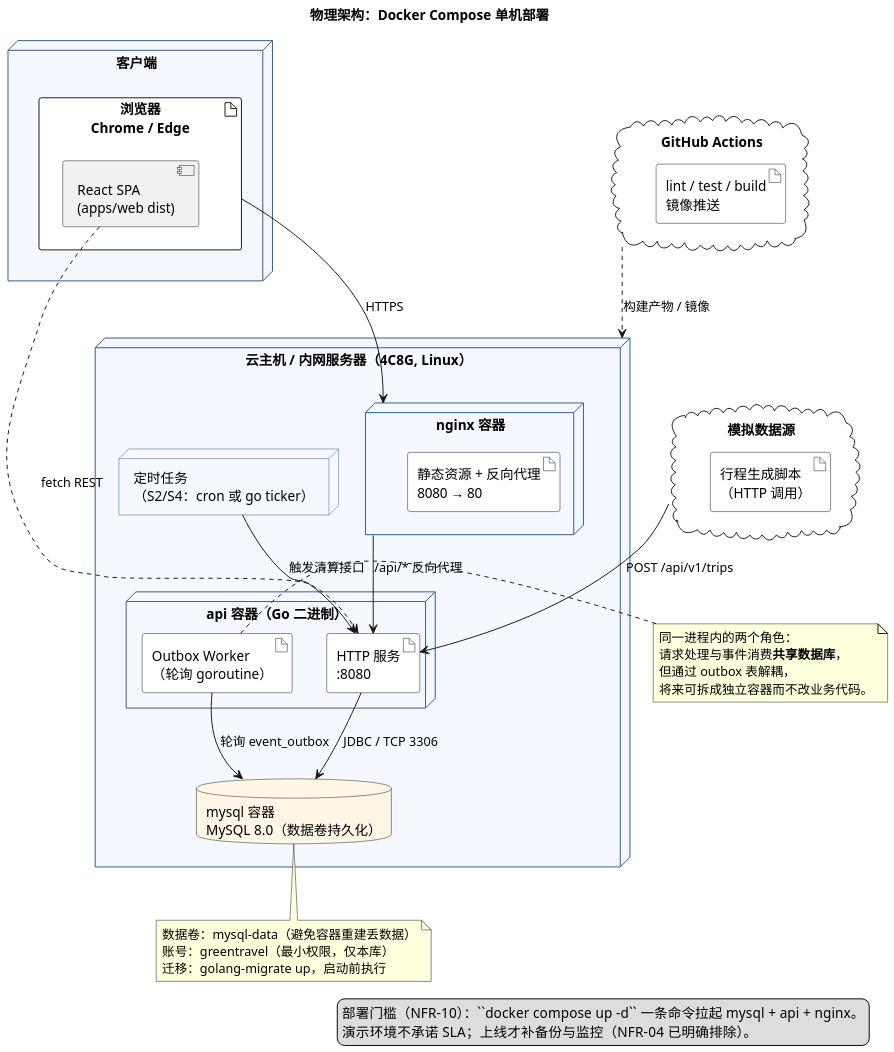
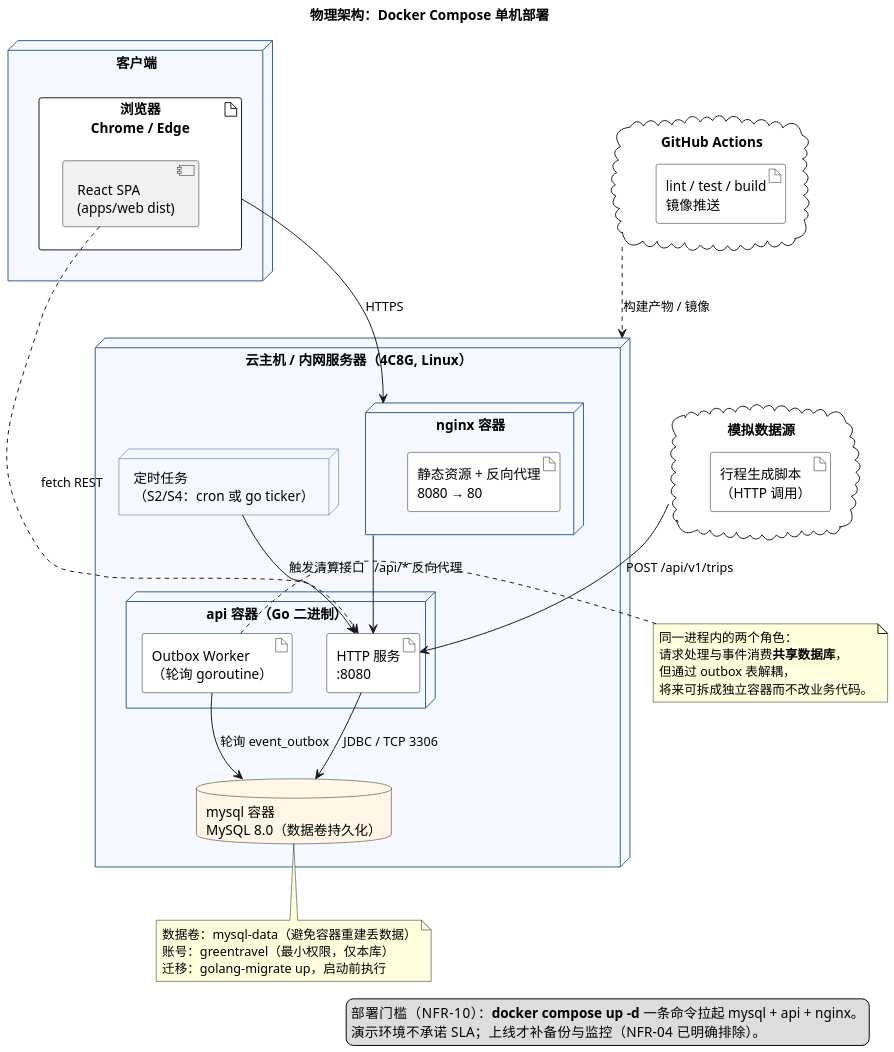
One commit to chiyan11/green-travel-points changed the diagram in docs/uml/06-部署图.puml. Above: the diagram before and after it, drawn with PlantUML. The commit also changed 8 other files, not shown here.

Commit message:
更新了UML图例

```diff
--- a/docs/uml/06-部署图.puml
+++ b/docs/uml/06-部署图.puml
@@ -1,75 +1,75 @@
 @startuml 图2-3 系统物理架构 部署图
 ' 依据：设计说明书 2.1.3；deploy/docker-compose.yml
 ' 场景：单台云主机（教学演示）+ 浏览器客户端；CI 在 GitHub Actions
 
 skinparam defaultFontName "Microsoft YaHei"
 skinparam dpi 150
 skinparam shadowing false
 skinparam node {
   BackgroundColor #F5F9FF
   BorderColor #2E5C8A
 }
 skinparam databaseBackgroundColor #FFF6E5
 skinparam artifactBackgroundColor #FFFFFF
 
 title 物理架构：Docker Compose 单机部署
 
 node "客户端" as client {
   artifact "浏览器\nChrome / Edge" as browser {
     component "React SPA\n(apps/web dist)" as spa
   }
 }
 
 node "云主机 / 内网服务器（4C8G, Linux）" as host {
 
   node "nginx 容器" as nginx {
     artifact "静态资源 + 反向代理\n8080 → 80" as ngx
   }
 
   node "api 容器（Go 二进制）" as apinode {
     artifact "HTTP 服务\n:8080" as apisvc
     artifact "Outbox Worker\n（轮询 goroutine）" as worker
   }
 
   database "mysql 容器\nMySQL 8.0（数据卷持久化）" as mysql
 
   node "定时任务\n（S2/S4：cron 或 go ticker）" as cron
 }
 
 cloud "GitHub Actions" as ci {
   artifact "lint / test / build\n镜像推送" as pipeline
 }
 
 cloud "模拟数据源" as sim {
   artifact "行程生成脚本\n（HTTP 调用）" as gen
 }
 
 ' ---------- 通信 ----------
 browser --> nginx : HTTPS
 nginx --> apisvc : /api/* 反向代理
 spa ..> apisvc : fetch REST
 apisvc --> mysql : JDBC / TCP 3306
 worker --> mysql : 轮询 event_outbox
 cron --> apisvc : 触发清算接口
 sim --> apisvc : POST /api/v1/trips
 ci ..> host : 构建产物 / 镜像
 
 note right of worker
   同一进程内的两个角色：
   请求处理与事件消费**共享数据库**，
   但通过 outbox 表解耦，
   将来可拆成独立容器而不改业务代码。
 end note
 
 note bottom of mysql
   数据卷：mysql-data（避免容器重建丢数据）
   账号：greentravel（最小权限，仅本库）
   迁移：golang-migrate up，启动前执行
 end note
 
 legend right
-  部署门槛（NFR-10）：``docker compose up -d`` 一条命令拉起 mysql + api + nginx。
+  部署门槛（NFR-10）：**docker compose up -d** 一条命令拉起 mysql + api + nginx。
   演示环境不承诺 SLA；上线才补备份与监控（NFR-04 已明确排除）。
 endlegend
 
 @enduml
```
